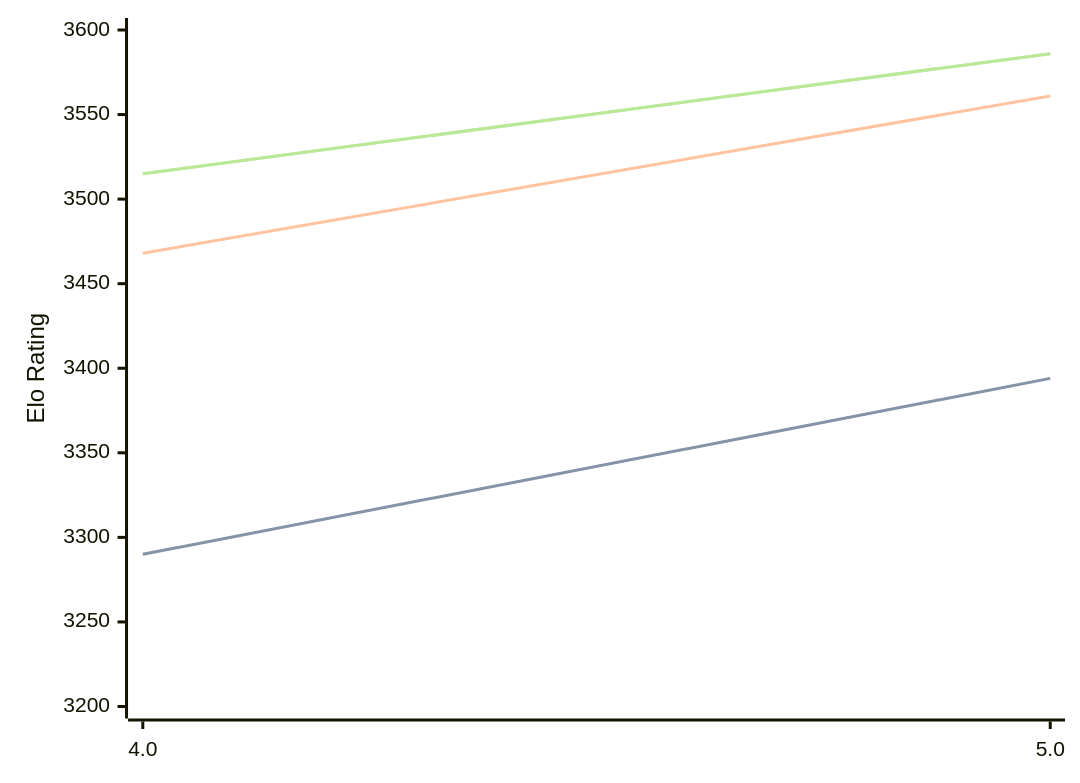
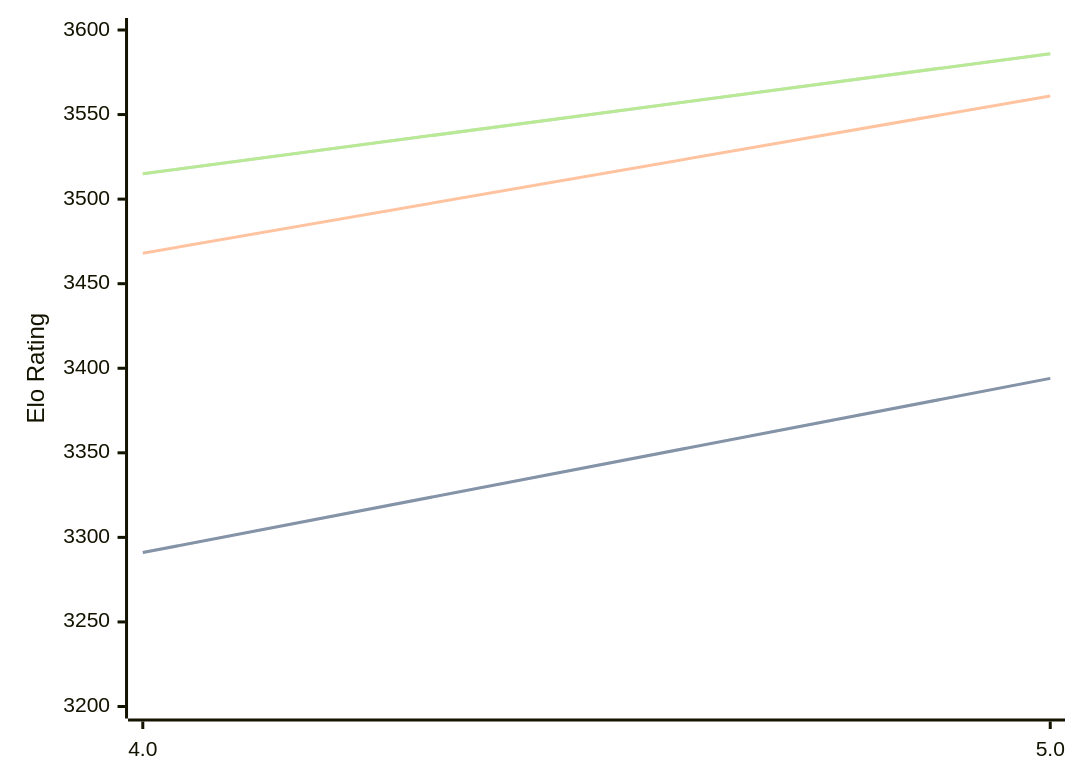
One commit to computer-chess-index/cci changed the diagram in engines/Tarnished.md. Above: the diagram before and after it, drawn with Mermaid. The commit also changed other lines of this file, not shown here.

````diff
--- a/engines/Tarnished.md
+++ b/engines/Tarnished.md
@@ -34,11 +34,11 @@
 ```mermaid
 %%{init: {"theme":"base","themeVariables":{"seriesColors:['#a3a3a3','#222221','#faa371']}}}%%
 xychart-beta
   x-axis ["4.0", "5.0"]
   y-axis "Elo Rating" 3200 --> 3600
-  line "STC (8.0+0.08s)" [3290, 3394]
-  line "STC (8.0+0.08s)" [3290, 3394]
+  line "STC (8.0+0.08s)" [3291, 3394]
+  line "STC (8.0+0.08s)" [3291, 3394]
   line "LTC (60.0+0.60s)" [3468, 3561]
   line "VLTC (2m24s+1.12s)" [3515, 3586]
   line "VLTC (2m24s+1.12s)" [3515, 3586]
 ```
````
